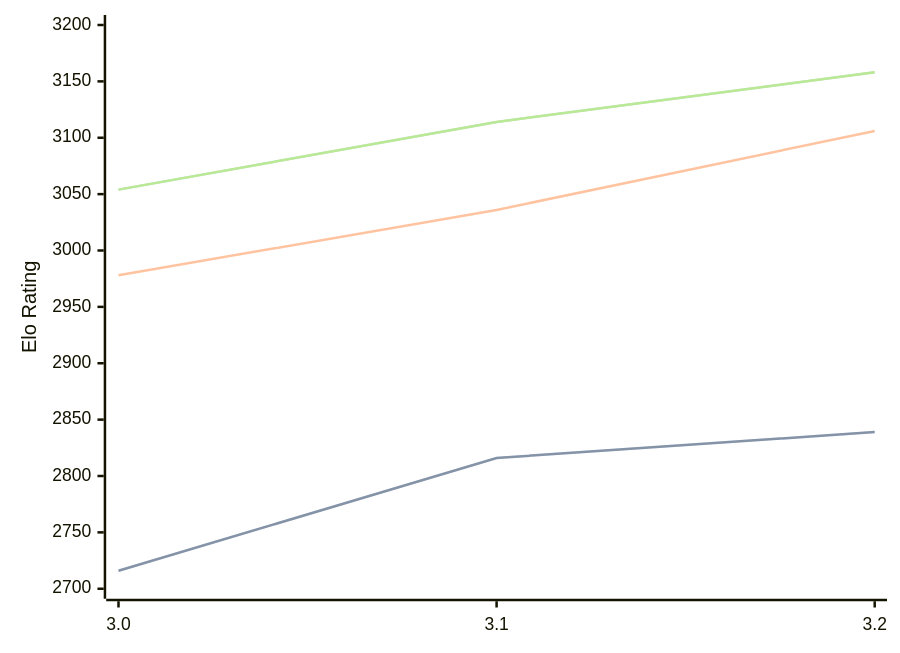
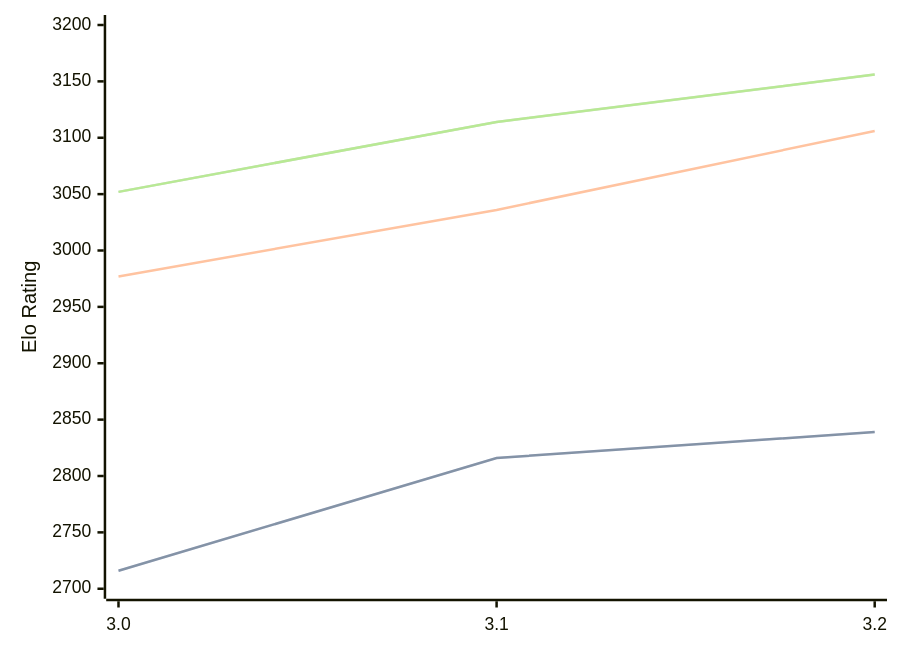
Before and after one commit to computer-chess-index/cci: the diagram in engines/Vajolet2.md, drawn with Mermaid. The commit also changed other lines of this file, not shown here.

Commit message:
Update CCI Ratings (ELO VLTC) - 2026-06-12

````diff
--- a/engines/Vajolet2.md
+++ b/engines/Vajolet2.md
@@ -41,11 +41,11 @@
 ```mermaid
 %%{init: {"theme":"base","themeVariables":{"seriesColors:['#a3a3a3','#222221','#faa371']}}}%%
 xychart-beta
   x-axis ["3.0", "3.1", "3.2"]
   y-axis "Elo Rating" 2700 --> 3200
   line "STC (8.0+0.08s)" [2716, 2816, 2839]
   line "STC (8.0+0.08s)" [2716, 2816, 2839]
-  line "LTC (60.0+0.60s)" [2978, 3036, 3106]
-  line "VLTC (2m24s+1.12s)" [3054, 3114, 3158]
-  line "VLTC (2m24s+1.12s)" [3054, 3114, 3158]
+  line "LTC (60.0+0.60s)" [2977, 3036, 3106]
+  line "VLTC (2m24s+1.12s)" [3052, 3114, 3156]
+  line "VLTC (2m24s+1.12s)" [3052, 3114, 3156]
 ```
````
